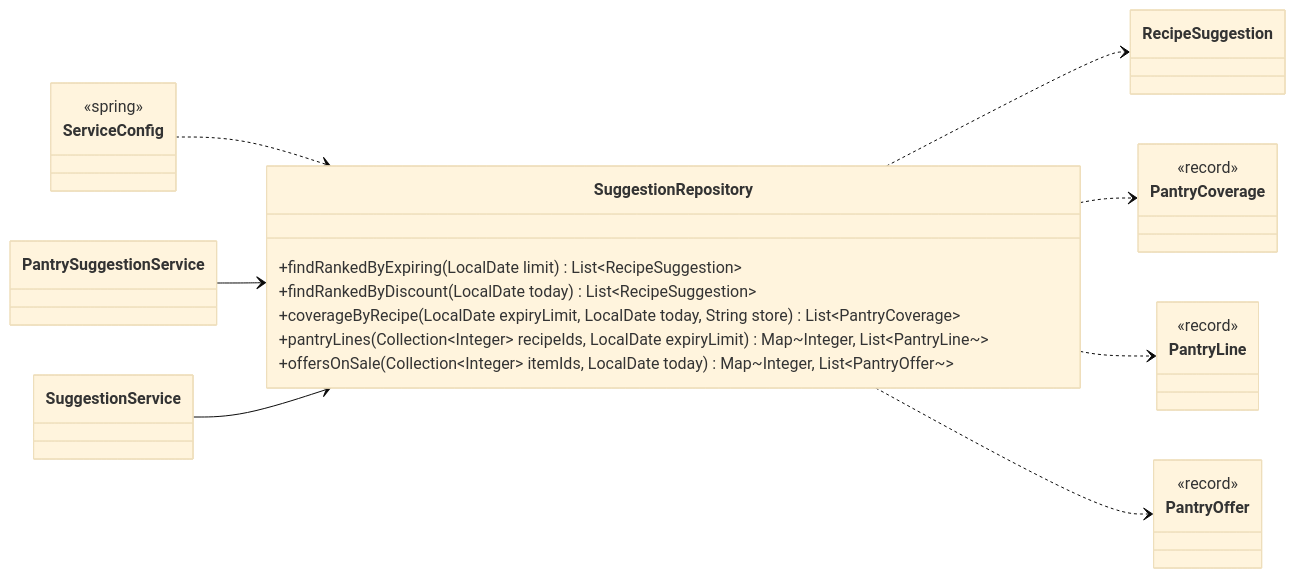
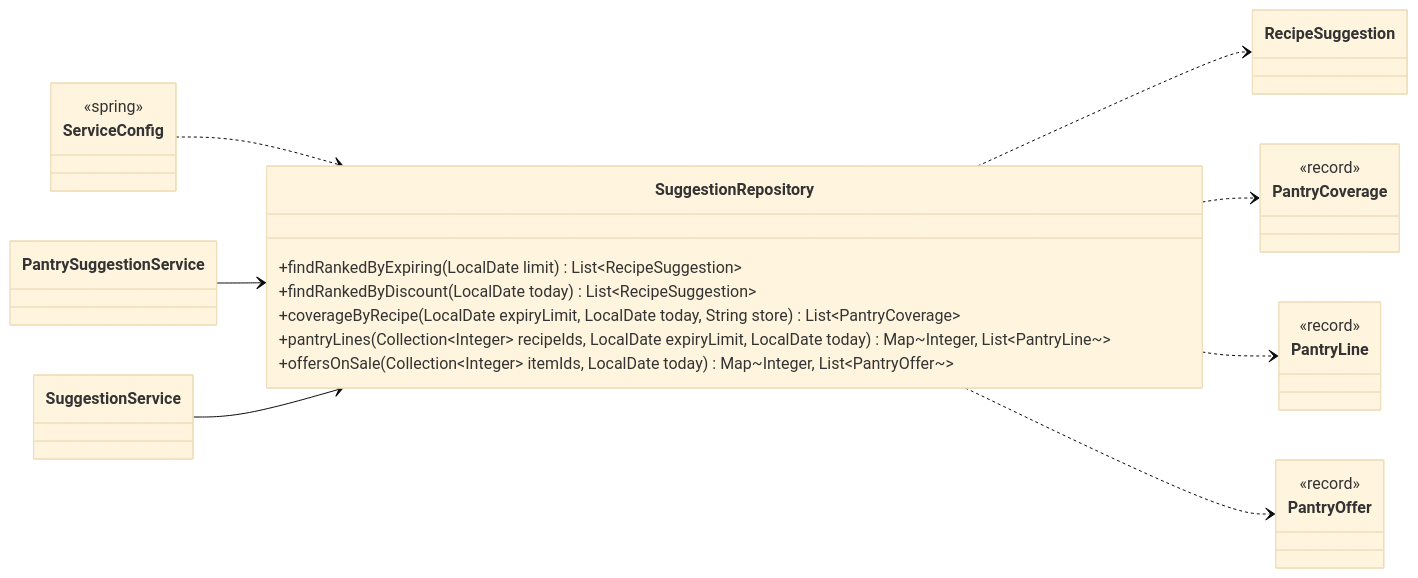
Diagram 12 of 13 in docs/classes/suggestions.md (Nate-ryan-7690/dahaem), drawn with Mermaid (base theme) before and after one commit. The commit also changed other lines of this file and 16 other files, not shown here.

Commit message:
Pantry suggestions: apply the household's diet rules, treat expired stock as not usable, cap the list at 200

````diff
--- a/docs/classes/suggestions.md
+++ b/docs/classes/suggestions.md
@@ -552,33 +579,33 @@
 ```mermaid
 classDiagram
     direction LR
     class suggestions_SuggestionRepository["SuggestionRepository"] {
         +findRankedByExpiring(LocalDate limit) List~RecipeSuggestion~
         +findRankedByDiscount(LocalDate today) List~RecipeSuggestion~
         +coverageByRecipe(LocalDate expiryLimit, LocalDate today, String store) List~PantryCoverage~
-        +pantryLines(Collection~Integer~ recipeIds, LocalDate expiryLimit) Map~Integer, List~PantryLine~~
+        +pantryLines(Collection~Integer~ recipeIds, LocalDate expiryLimit, LocalDate today) Map~Integer, List~PantryLine~~
         +offersOnSale(Collection~Integer~ itemIds, LocalDate today) Map~Integer, List~PantryOffer~~
     }
     class suggestions_PantrySuggestionService["PantrySuggestionService"]
     class suggestions_SuggestionService["SuggestionService"]
     class suggestions_RecipeSuggestion["RecipeSuggestion"]
     class suggestions_PantryCoverage["PantryCoverage"] {
         <<record>>
     }
     class suggestions_PantryLine["PantryLine"] {
         <<record>>
     }
     class suggestions_PantryOffer["PantryOffer"] {
         <<record>>
     }
     class api_ServiceConfig["ServiceConfig"] {
         <<spring>>
     }
     suggestions_SuggestionRepository ..> suggestions_RecipeSuggestion
     suggestions_SuggestionRepository ..> suggestions_PantryCoverage
     suggestions_SuggestionRepository ..> suggestions_PantryLine
     suggestions_SuggestionRepository ..> suggestions_PantryOffer
     api_ServiceConfig ..> suggestions_SuggestionRepository
     suggestions_PantrySuggestionService --> suggestions_SuggestionRepository
     suggestions_SuggestionService --> suggestions_SuggestionRepository
 ```
````
